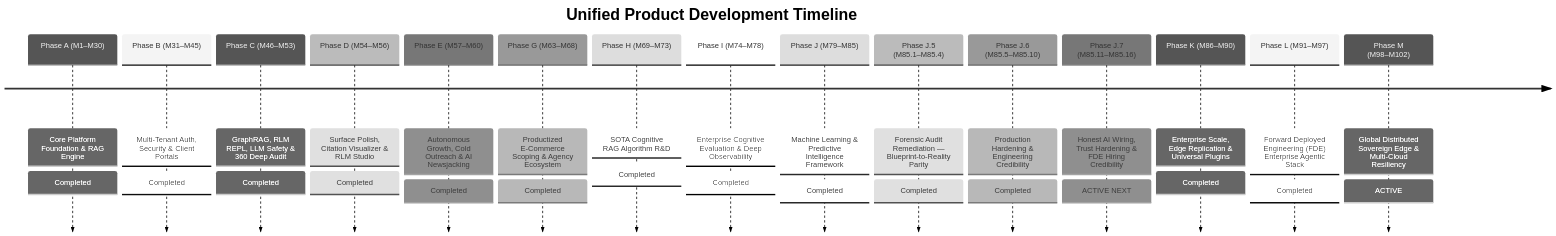
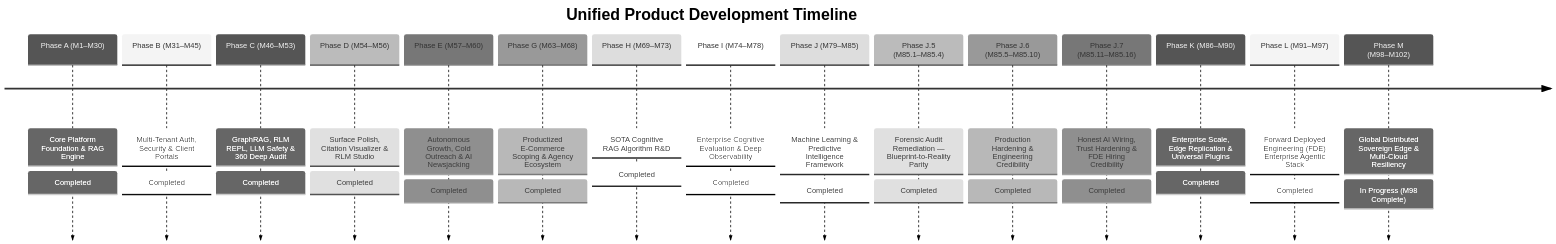
One commit to prat3010/Prateek_website changed the diagram in docs/UNIFIED_MASTER_ROADMAP.md. Above: the diagram before and after it, drawn with Mermaid (neutral theme). The commit also changed other lines of this file and 12 other files, not shown here.

First line of the commit message:
feat(rag): multi-cloud failover panel & sovereign edge voice studio (M99-M100)

````diff
--- a/docs/UNIFIED_MASTER_ROADMAP.md
+++ b/docs/UNIFIED_MASTER_ROADMAP.md
@@ -45,19 +45,19 @@
 ```mermaid
 timeline
     title Unified Product Development Timeline
     Phase A (M1–M30) : Core Platform Foundation & RAG Engine : Completed
     Phase B (M31–M45) : Multi-Tenant Auth, Security & Client Portals : Completed
     Phase C (M46–M53) : GraphRAG, RLM REPL, LLM Safety & 360 Deep Audit : Completed
     Phase D (M54–M56) : Surface Polish, Citation Visualizer & RLM Studio : Completed
     Phase E (M57–M60) : Autonomous Growth, Cold Outreach & AI Newsjacking : Completed
     Phase G (M63–M68) : Productized E-Commerce Scoping & Agency Ecosystem : Completed
     Phase H (M69–M73) : SOTA Cognitive RAG Algorithm R&D : Completed
     Phase I (M74–M78) : Enterprise Cognitive Evaluation & Deep Observability : Completed
     Phase J (M79–M85) : Machine Learning & Predictive Intelligence Framework : Completed
     Phase J.5 (M85.1–M85.4) : Forensic Audit Remediation — Blueprint-to-Reality Parity : Completed
     Phase J.6 (M85.5–M85.10) : Production Hardening & Engineering Credibility : Completed
-    Phase J.7 (M85.11–M85.16) : Honest AI Wiring, Trust Hardening & FDE Hiring Credibility : ACTIVE NEXT
+    Phase J.7 (M85.11–M85.16) : Honest AI Wiring, Trust Hardening & FDE Hiring Credibility : Completed
     Phase K (M86–M90) : Enterprise Scale, Edge Replication & Universal Plugins : Completed
     Phase L (M91–M97) : Forward Deployed Engineering (FDE) Enterprise Agentic Stack : Completed
-    Phase M (M98–M102) : Global Distributed Sovereign Edge & Multi-Cloud Resiliency : ACTIVE
+    Phase M (M98–M102) : Global Distributed Sovereign Edge & Multi-Cloud Resiliency : In Progress (M98 Complete)
 ```
````
